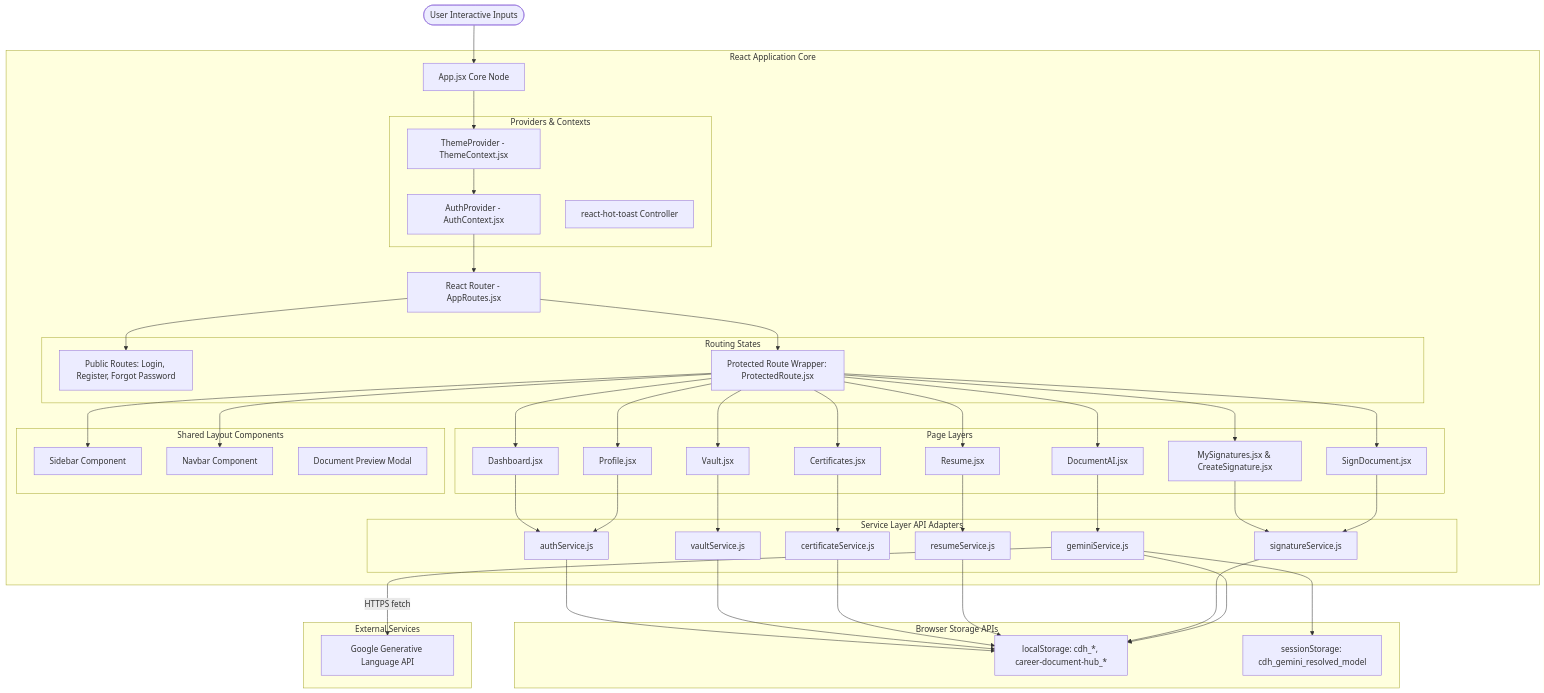
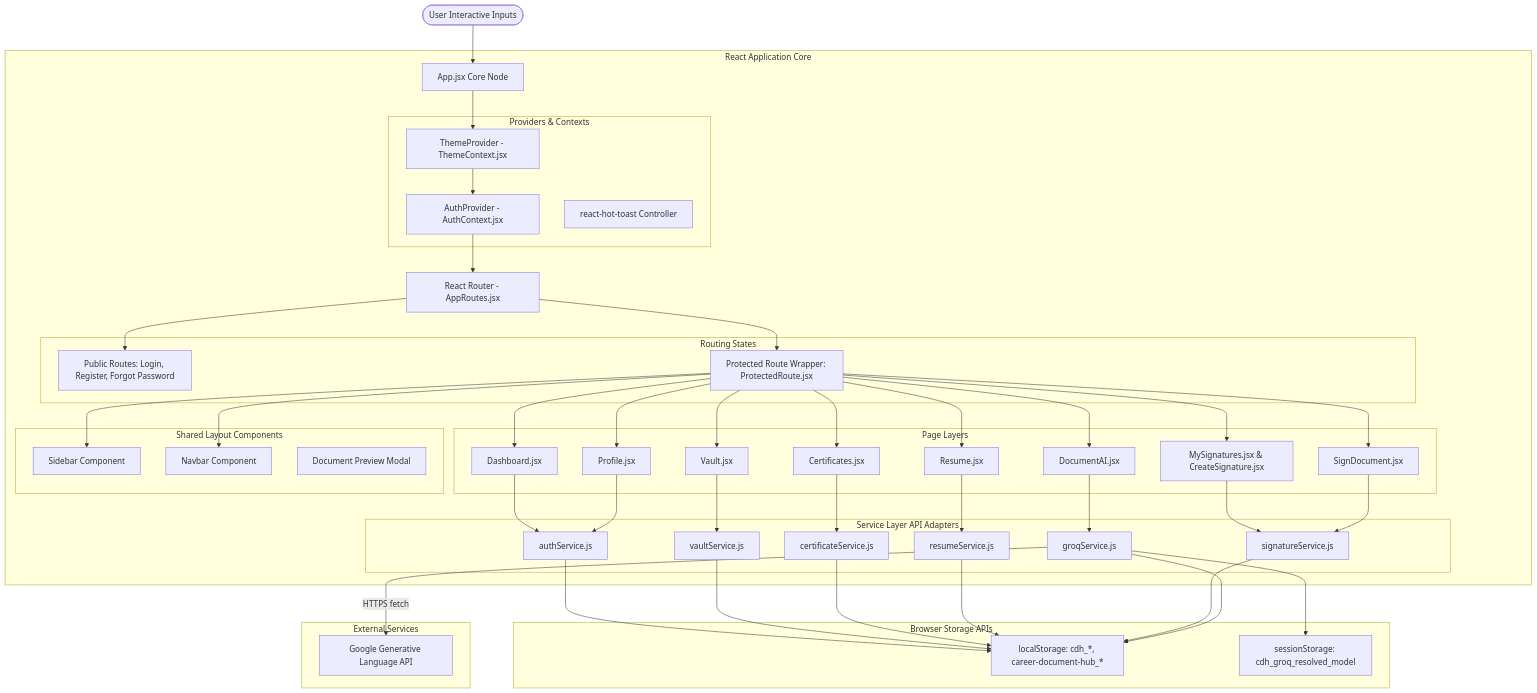
One commit to silent-knight-22/career-document-hub changed the first of 13 diagrams in Frontend-Technical-Design.md. Above: the diagram before and after it, drawn with Mermaid. The commit also changed other lines of this file and 5 other files, not shown here.

Commit message:
refactor: rename geminiService to groqService, clean up duplicate Repository_Overview, and finalize Groq rebrand

````diff
--- a/Frontend-Technical-Design.md
+++ b/Frontend-Technical-Design.md
@@ -65,17 +65,17 @@
             CertSvc[certificateService.js]
             ResSvc[resumeService.js]
             SigSvc[signatureService.js]
-            GeminiSvc[geminiService.js]
+            GroqSvc[groqService.js]
         end
     end
     
     subgraph Browser Storage APIs
         LS[localStorage: cdh_*, career-document-hub_*]
-        SS[sessionStorage: cdh_gemini_resolved_model]
+        SS[sessionStorage: cdh_groq_resolved_model]
     end
     
     subgraph External Services
-        GeminiAPI[Google Generative Language API]
+        GroqAPI[Google Generative Language API]
     end
 
     User --> App
@@ -103,10 +103,10 @@
     Certs --> CertSvc
     Res --> ResSvc
     Sigs & SignDoc --> SigSvc
-    AI --> GeminiSvc
+    AI --> GroqSvc
     
     %% Storage wiring
-    AuthSvc & VaultSvc & CertSvc & ResSvc & SigSvc & GeminiSvc --> LS
-    GeminiSvc --> SS
-    GeminiSvc -->|HTTPS fetch| GeminiAPI
+    AuthSvc & VaultSvc & CertSvc & ResSvc & SigSvc & GroqSvc --> LS
+    GroqSvc --> SS
+    GroqSvc -->|HTTPS fetch| GroqAPI
 ```
````
